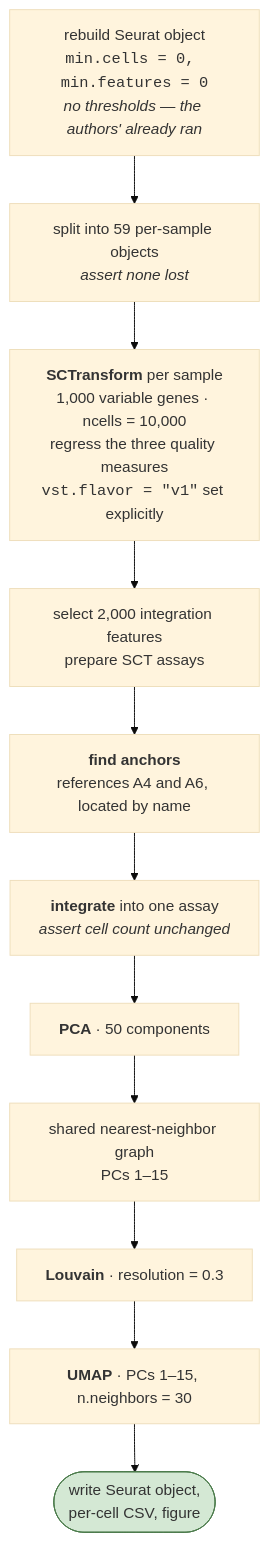
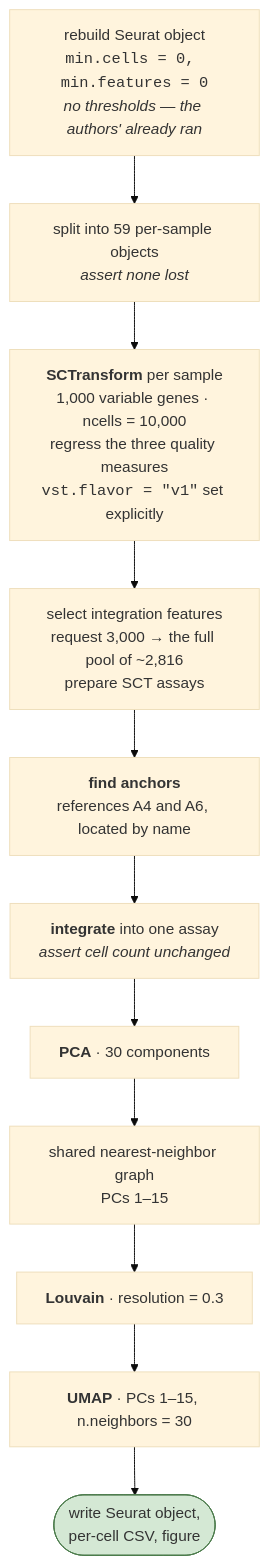
Before and after one commit to sivatej800-oss/T-cell-representations: the fourth of 6 diagrams in README.md, drawn with Mermaid (base theme). The commit also changed other lines of this file and 2 other files, not shown here.

````diff
--- a/README.md
+++ b/README.md
@@ -140,18 +142,18 @@
 ```mermaid
 flowchart TD
     R1["rebuild Seurat object<br/><code>min.cells = 0, min.features = 0</code><br/><i>no thresholds — the authors' already ran</i>"]
     R2["split into 59 per-sample objects<br/><i>assert none lost</i>"]
     R3["<b>SCTransform</b> per sample<br/>1,000 variable genes · ncells = 10,000<br/>regress the three quality measures<br/><code>vst.flavor = &quot;v1&quot;</code> set explicitly"]
-    R4["select 2,000 integration features<br/>prepare SCT assays"]
+    R4["select integration features<br/>request 3,000 → the full pool of ~2,816<br/>prepare SCT assays"]
     R5["<b>find anchors</b><br/>references A4 and A6, located by name"]
     R6["<b>integrate</b> into one assay<br/><i>assert cell count unchanged</i>"]
-    R7["<b>PCA</b> · 50 components"]
+    R7["<b>PCA</b> · 30 components"]
     R8["shared nearest-neighbor graph<br/>PCs 1–15"]
     R9["<b>Louvain</b> · resolution = 0.3"]
     R10["<b>UMAP</b> · PCs 1–15, n.neighbors = 30"]
     R11(["write Seurat object,<br/>per-cell CSV, figure"])
 
     R1 --> R2 --> R3 --> R4 --> R5 --> R6 --> R7 --> R8 --> R9 --> R10 --> R11
 
     style R11 fill:#d4e8d4,stroke:#4a7a4a
 ```
````
